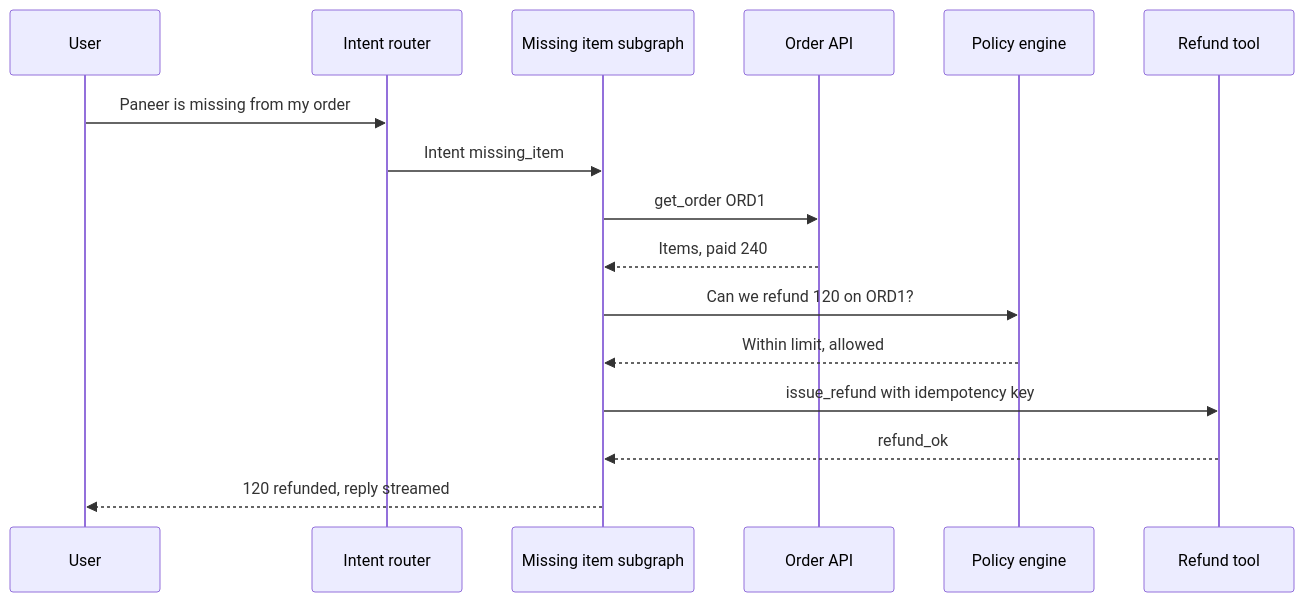
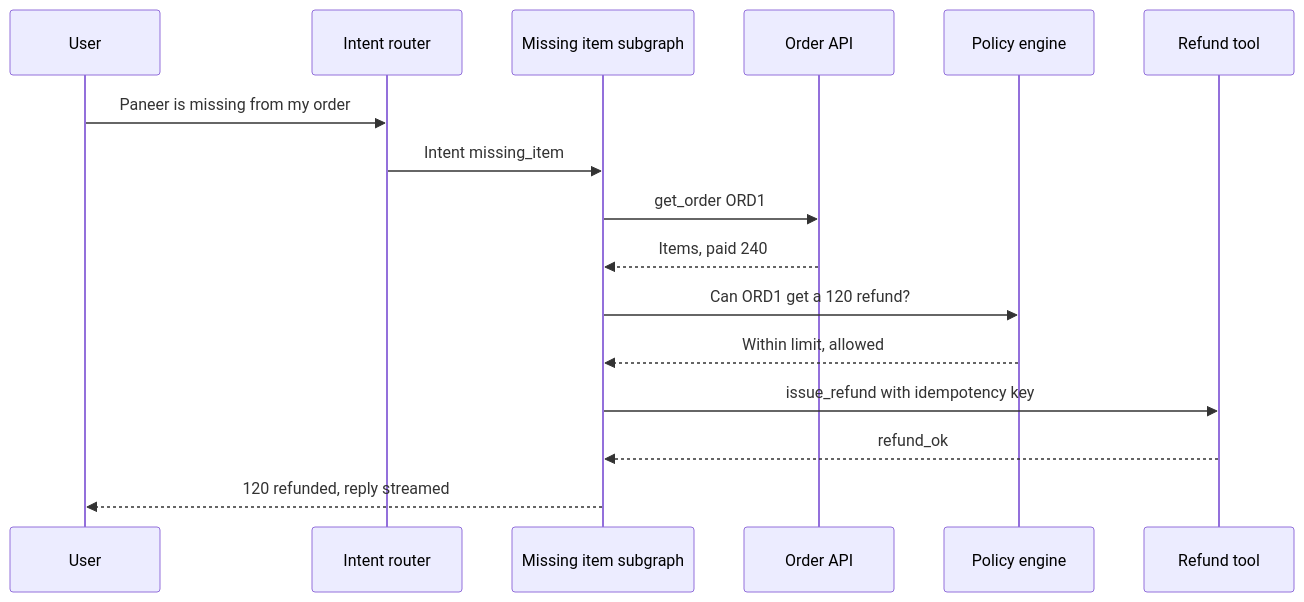
The third of 8 diagrams in content-en/11-agentic/13-agentic-interview-qa.md (flow6979/viewinter), drawn with Mermaid before and after one commit. The commit also changed other lines of this file and 26 other files, not shown here.

First line of the commit message:
Agentic AI: rewrite all 13 pages to explain from scratch; animate diagrams on every article

````diff
--- a/content-en/11-agentic/13-agentic-interview-qa.md
+++ b/content-en/11-agentic/13-agentic-interview-qa.md
@@ -150,18 +197,18 @@
 ```mermaid
 sequenceDiagram
     participant U as User
     participant R as Intent router
     participant S as Missing item subgraph
     participant O as Order API
     participant P as Policy engine
     participant F as Refund tool
     U->>R: Paneer is missing from my order
     R->>S: Intent missing_item
     S->>O: get_order ORD1
     O-->>S: Items, paid 240
-    S->>P: Can we refund 120 on ORD1?
+    S->>P: Can ORD1 get a 120 refund?
     P-->>S: Within limit, allowed
     S->>F: issue_refund with idempotency key
     F-->>S: refund_ok
     S-->>U: 120 refunded, reply streamed
 ```
````
